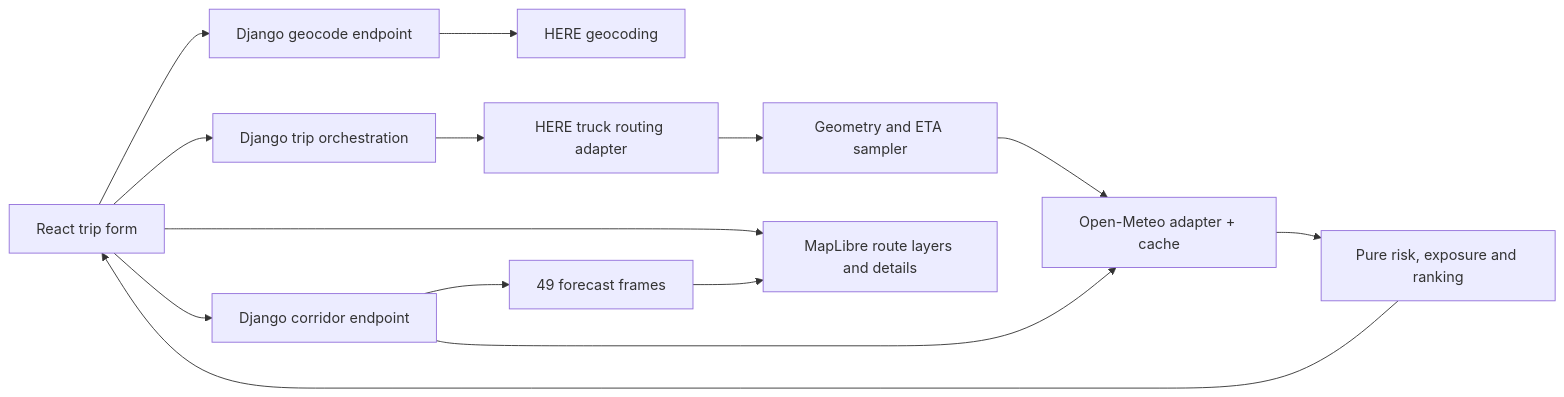
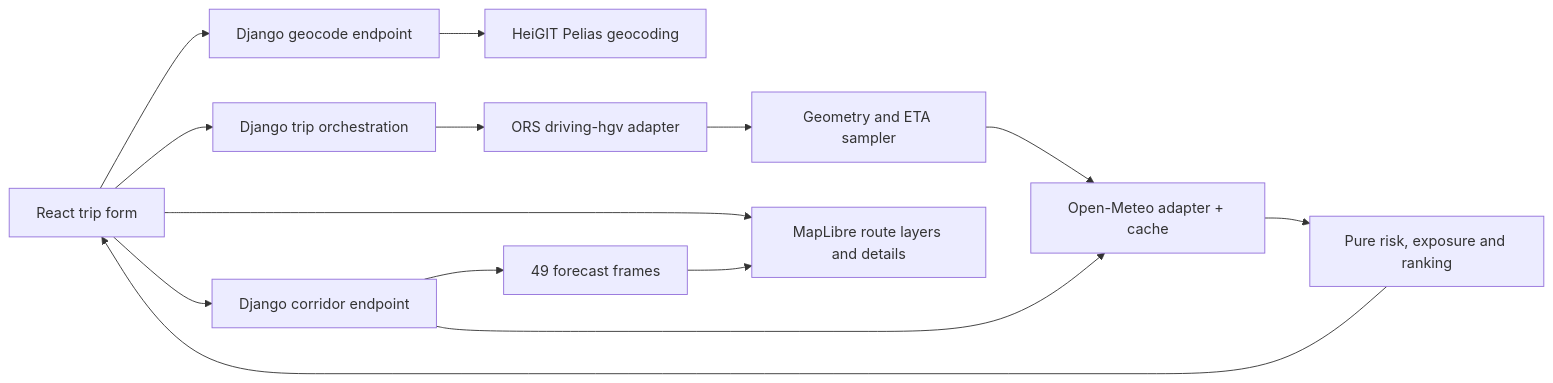
Before and after one commit to UsmanPrime/Weather-Aware-Truck-Routing: the diagram in docs/ARCHITECTURE.md, drawn with Mermaid. The commit also changed other lines of this file and 29 other files, not shown here.

````diff
--- a/docs/ARCHITECTURE.md
+++ b/docs/ARCHITECTURE.md
@@ -9,16 +9,16 @@
 ```mermaid
 flowchart LR
   UI[React trip form] --> GEO[Django geocode endpoint]
-  GEO --> HEREG[HERE geocoding]
+  GEO --> HEREG[HeiGIT Pelias geocoding]
   UI --> PLAN[Django trip orchestration]
-  PLAN --> ROUTE[HERE truck routing adapter]
+  PLAN --> ROUTE[ORS driving-hgv adapter]
   ROUTE --> SAMPLE[Geometry and ETA sampler]
   SAMPLE --> WEATHER[Open-Meteo adapter + cache]
   WEATHER --> RISK[Pure risk, exposure and ranking]
   RISK --> UI
   UI --> MAP[MapLibre route layers and details]
   UI --> CORRIDOR[Django corridor endpoint]
   CORRIDOR --> WEATHER
   CORRIDOR --> HEAT[49 forecast frames]
   HEAT --> MAP
 ```
````
